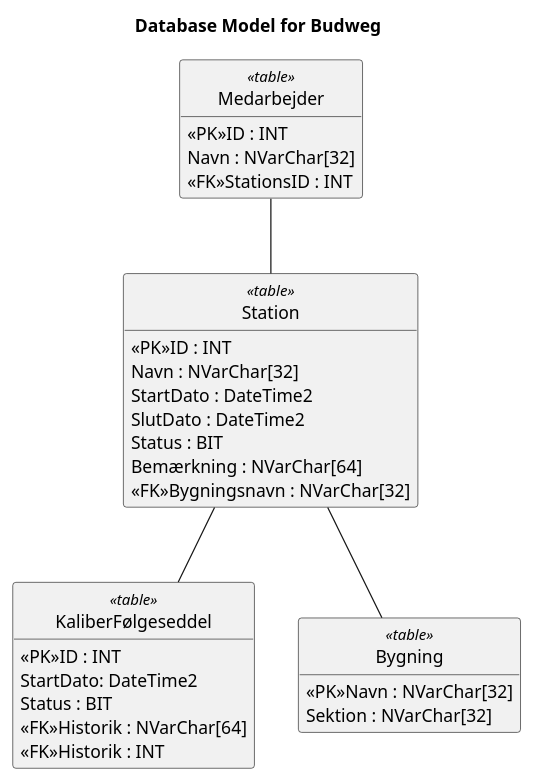
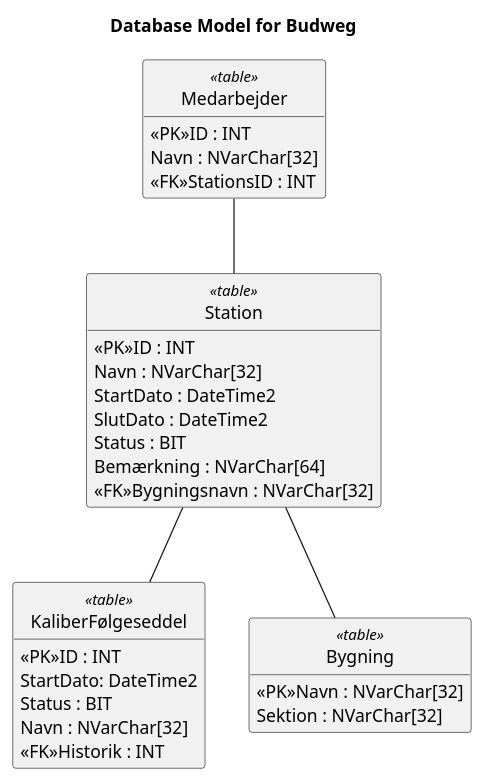
One commit to marsbo04/budweg changed the diagram in uml_artifacts/database_model.puml. Above: the diagram before and after it, drawn with PlantUML.

Commit message:
Add name to tracking slip

```diff
--- a/uml_artifacts/database_model.puml
+++ b/uml_artifacts/database_model.puml
@@ -1,44 +1,44 @@
 @startuml database_model_budweg
 hide methods
 hide circle
 
 title Database Model for Budweg
 
 class "KaliberFølgeseddel" <<table>>
 {
     <<PK>>ID : INT
     StartDato: DateTime2
     Status : BIT
-    <<FK>>Historik : NVarChar[64]
+    Navn : NVarChar[32]
     <<FK>>Historik : INT
 }
 
 class "Station" <<table>>
 {
     <<PK>>ID : INT
     Navn : NVarChar[32]
     StartDato : DateTime2
     SlutDato : DateTime2
     Status : BIT
     Bemærkning : NVarChar[64]
     <<FK>>Bygningsnavn : NVarChar[32]
 }
 
 class "Medarbejder" <<table>>
 {
     <<PK>>ID : INT
     Navn : NVarChar[32]
     <<FK>>StationsID : INT
 }
 
 class "Bygning" <<table>>
 {
     <<PK>>Navn : NVarChar[32]
     Sektion : NVarChar[32]
 }
 
 Station -- KaliberFølgeseddel
 Station -- Bygning
 Medarbejder -- Station
 
 @enduml
```
